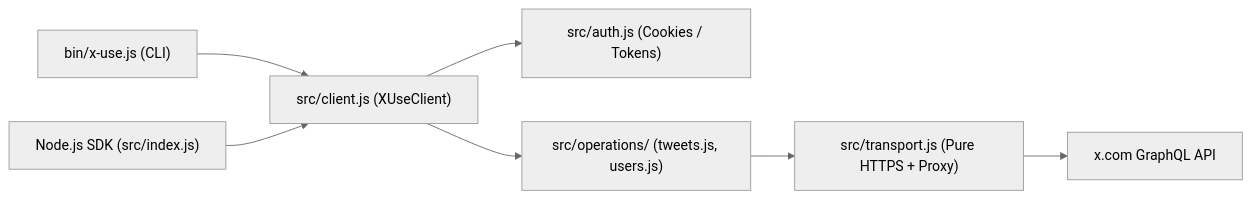
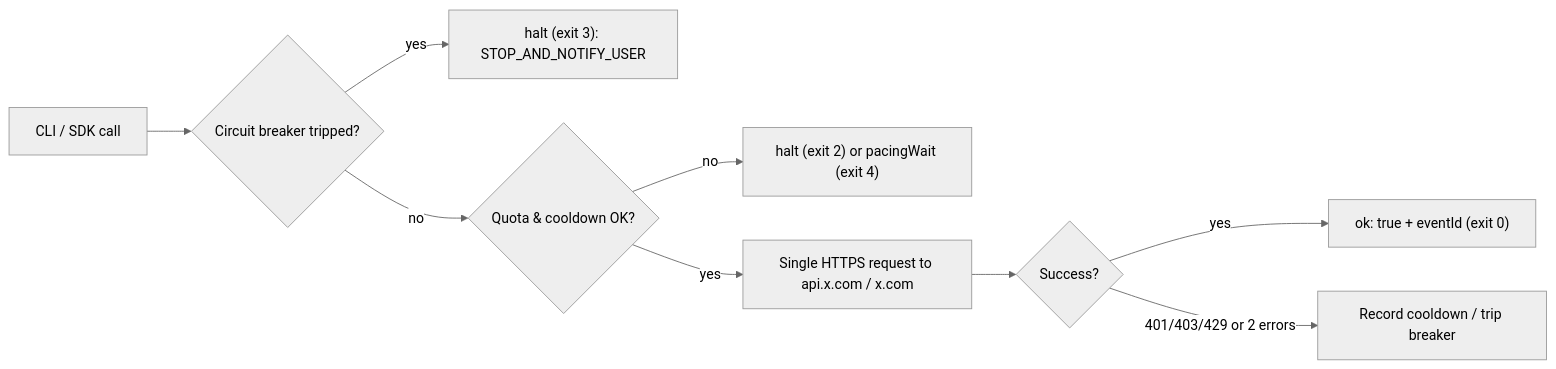
One commit to dalroot/x-use changed the diagram in README.md. Above: the diagram before and after it, drawn with Mermaid (neutral theme). The commit also changed other lines of this file and 2 other files, not shown here.

````diff
--- a/README.md
+++ b/README.md
@@ -38,9 +358,11 @@
 ```mermaid
 flowchart LR
-    CLI["bin/x-use.js (CLI)"] --> Client["src/client.js (XUseClient)"]
-    SDK["Node.js SDK (src/index.js)"] --> Client
-    Client --> Auth["src/auth.js (Cookies / Tokens)"]
-    Client --> Ops["src/operations/ (tweets.js, users.js)"]
-    Ops --> Transport["src/transport.js (Pure HTTPS + Proxy)"]
-    Transport --> X["x.com GraphQL API"]
+    A[CLI / SDK call] --> B{Circuit breaker tripped?}
+    B -- yes --> H["halt (exit 3): STOP_AND_NOTIFY_USER"]
+    B -- no --> C{Quota & cooldown OK?}
+    C -- no --> H2["halt (exit 2) or pacingWait (exit 4)"]
+    C -- yes --> D[Single HTTPS request to api.x.com / x.com]
+    D --> E{Success?}
+    E -- yes --> F["ok: true + eventId (exit 0)"]
+    E -- 401/403/429 or 2 errors --> G[Record cooldown / trip breaker]
 ```
````
